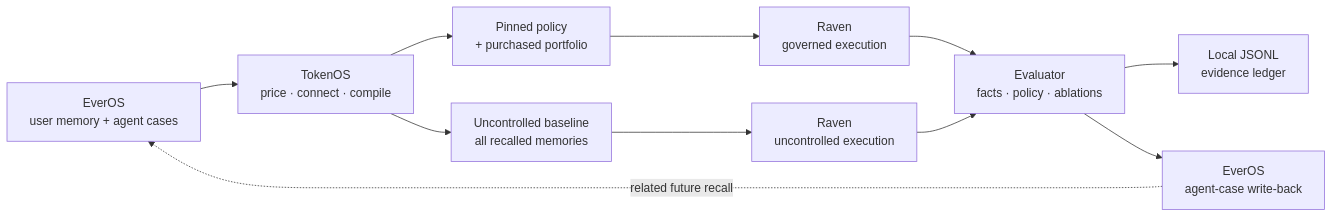
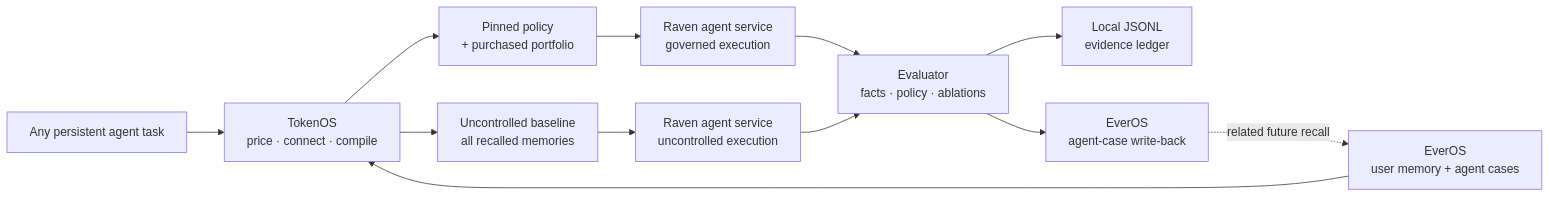
One commit to FlyingPotato437/TokenOS changed the diagram in README.md. Above: the diagram before and after it, drawn with Mermaid. The commit also changed other lines of this file and 8 other files, not shown here.

````diff
--- a/README.md
+++ b/README.md
@@ -28,13 +30,14 @@
 ```mermaid
 flowchart LR
+    A["Any persistent agent task"] --> T
     E1["EverOS<br/>user memory + agent cases"] --> T["TokenOS<br/>price · connect · compile"]
     T --> P["Pinned policy<br/>+ purchased portfolio"]
     T --> B["Uncontrolled baseline<br/>all recalled memories"]
-    P --> R["Raven<br/>governed execution"]
-    B --> R2["Raven<br/>uncontrolled execution"]
+    P --> R["Raven agent service<br/>governed execution"]
+    B --> R2["Raven agent service<br/>uncontrolled execution"]
     R --> V["Evaluator<br/>facts · policy · ablations"]
     R2 --> V
     V --> L["Local JSONL<br/>evidence ledger"]
     V --> E2["EverOS<br/>agent-case write-back"]
     E2 -. "related future recall" .-> E1
 ```
````
